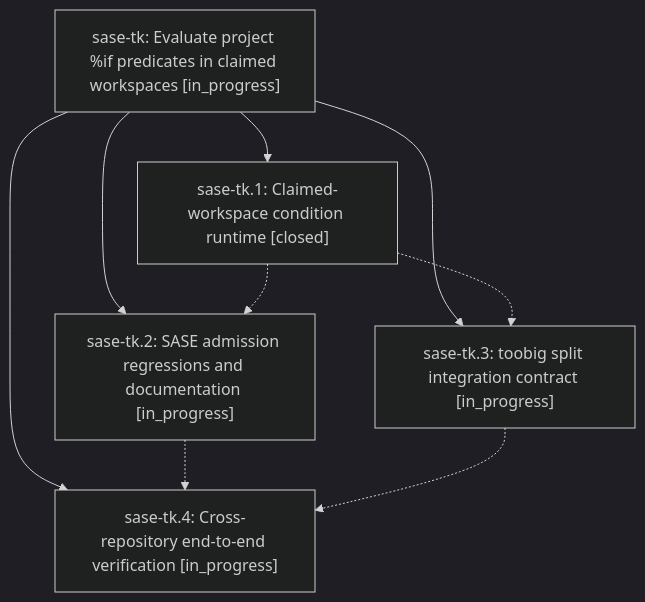
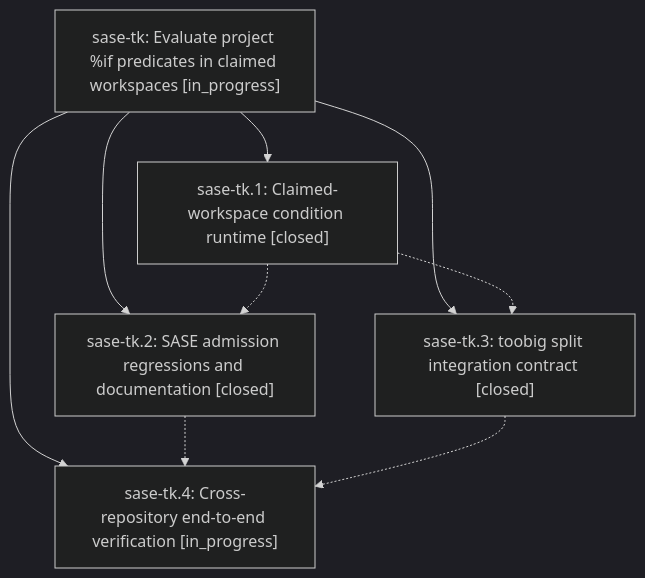
One commit to sase-org/sase--beads changed the diagram in pages/sase-tk/README.md. Above: the diagram before and after it, drawn with Mermaid (dark theme). The commit also changed other lines of this file and 4 other files, not shown here.

````diff
--- a/pages/sase-tk/README.md
+++ b/pages/sase-tk/README.md
@@ -25,16 +25,16 @@
 ```mermaid
 flowchart TD
     n0["sase-tk: Evaluate project %if predicates in claimed workspaces [in_progress]"]
     n1["sase-tk.1: Claimed-workspace condition runtime [closed]"]
-    n2["sase-tk.2: SASE admission regressions and documentation [in_progress]"]
-    n3["sase-tk.3: toobig split integration contract [in_progress]"]
+    n2["sase-tk.2: SASE admission regressions and documentation [closed]"]
+    n3["sase-tk.3: toobig split integration contract [closed]"]
     n4["sase-tk.4: Cross-repository end-to-end verification [in_progress]"]
     n0 --> n1
     n0 --> n2
     n0 --> n3
     n0 --> n4
     n1 -.-> n2
     n1 -.-> n3
     n2 -.-> n4
     n3 -.-> n4
 ```
````
